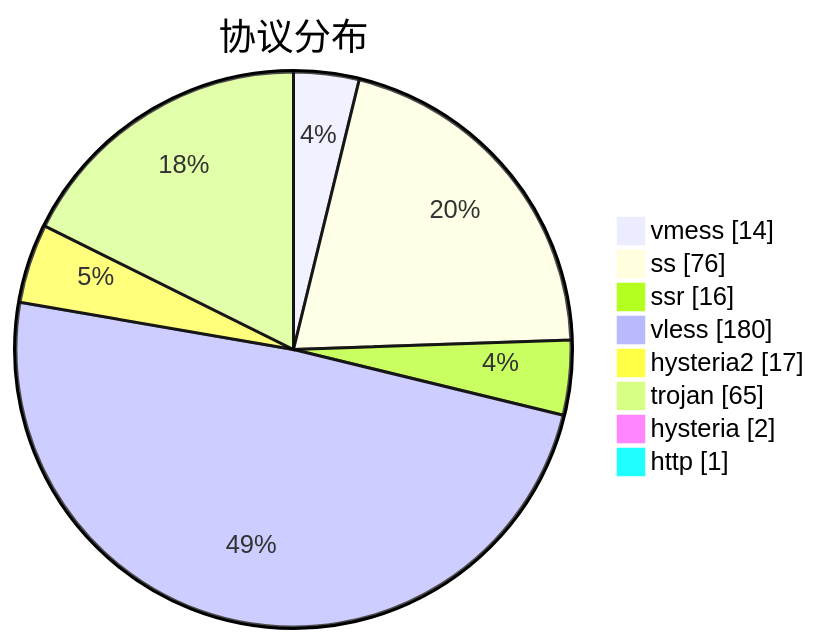
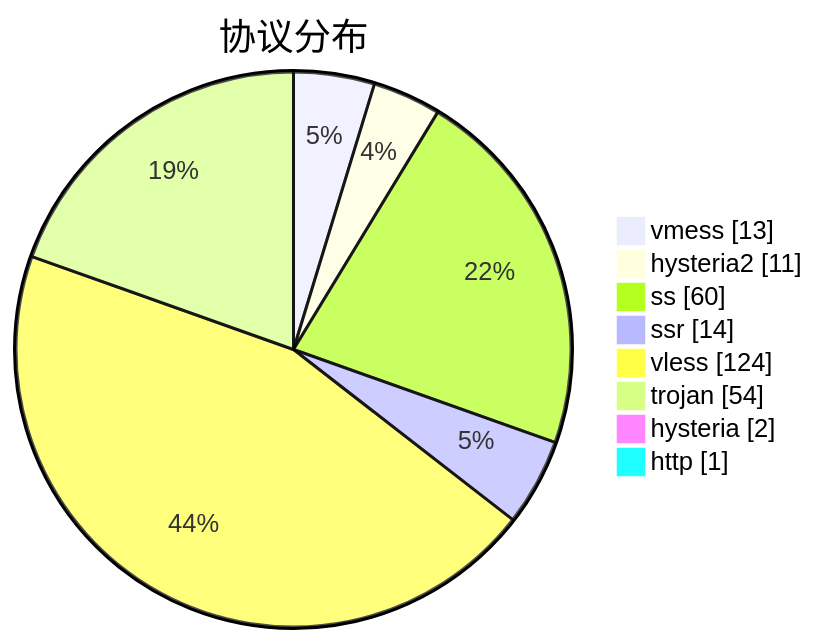
One commit to sinspired/airport changed the third of 3 diagrams in subs/statistics/tested_within.md. Above: the diagram before and after it, drawn with Mermaid. The commit also changed other lines of this file and 2 other files, not shown here.

````diff
--- a/subs/statistics/tested_within.md
+++ b/subs/statistics/tested_within.md
@@ -47,12 +42,12 @@
 ```mermaid
 pie showData
 title 协议分布
-"vmess" : 14
-"ss" : 76
-"ssr" : 16
-"vless" : 180
-"hysteria2" : 17
-"trojan" : 65
+"vmess" : 13
+"hysteria2" : 11
+"ss" : 60
+"ssr" : 14
+"vless" : 124
+"trojan" : 54
 "hysteria" : 2
 "http" : 1
 ```
````
